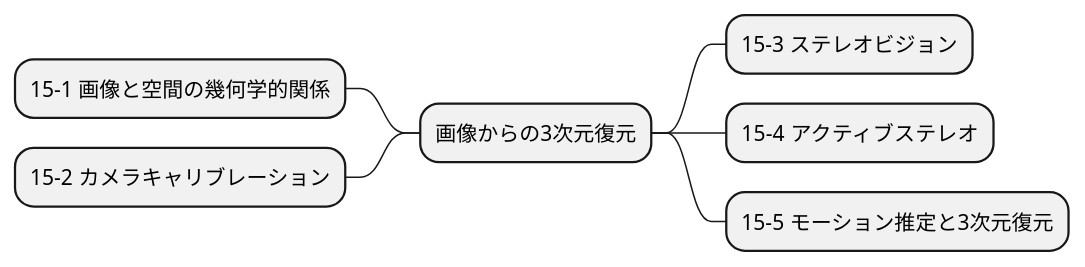
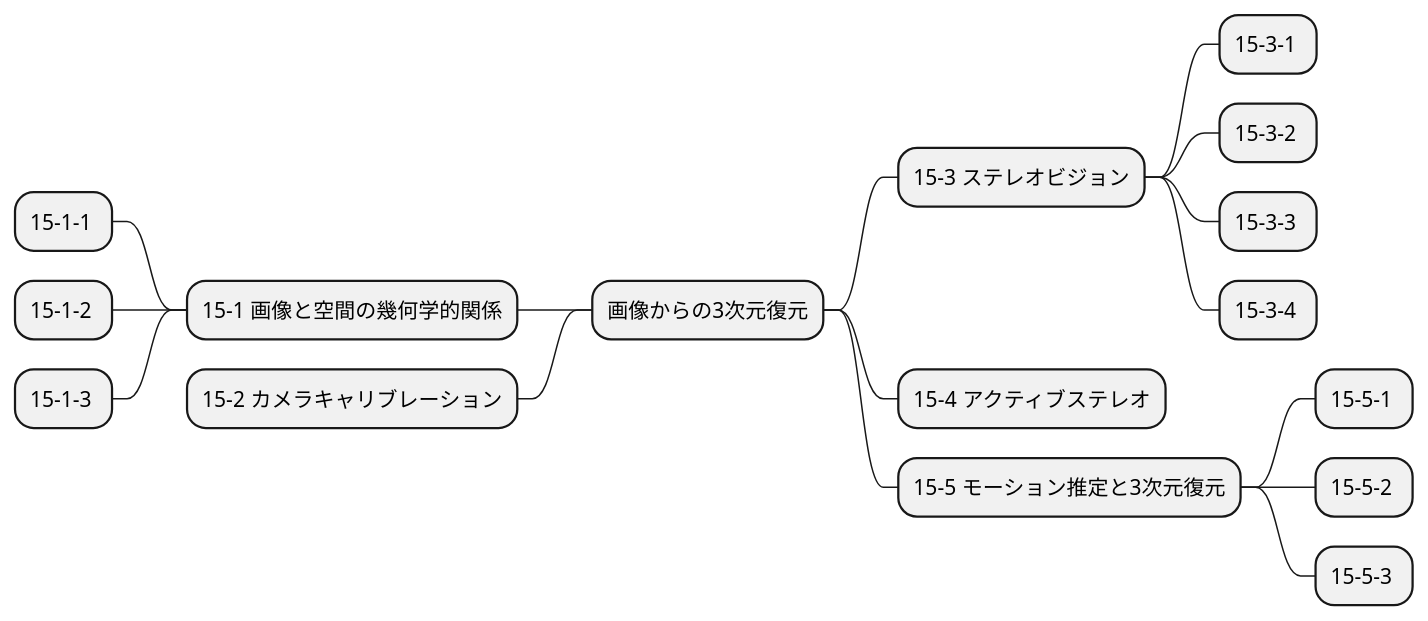
One commit to Takayoshi-Matsuyama/image_processing changed the diagram in mindmap/img_proc_expert_15.puml. Above: the diagram before and after it, drawn with PlantUML. The commit also changed 16 other files, not shown here.

Commit message:
mindmap ex numbers

```diff
--- a/mindmap/img_proc_expert_15.puml
+++ b/mindmap/img_proc_expert_15.puml
@@ -1,8 +1,18 @@
 @startmindmap img_proc_expert_15
 + 画像からの3次元復元
 -- 15-1 画像と空間の幾何学的関係
+--- 15-1-1 
+--- 15-1-2 
+--- 15-1-3 
 -- 15-2 カメラキャリブレーション
 ++ 15-3 ステレオビジョン
++++ 15-3-1 
++++ 15-3-2 
++++ 15-3-3 
++++ 15-3-4 
 ++ 15-4 アクティブステレオ
 ++ 15-5 モーション推定と3次元復元
++++ 15-5-1 
++++ 15-5-2 
++++ 15-5-3 
 @endmindmap
```
